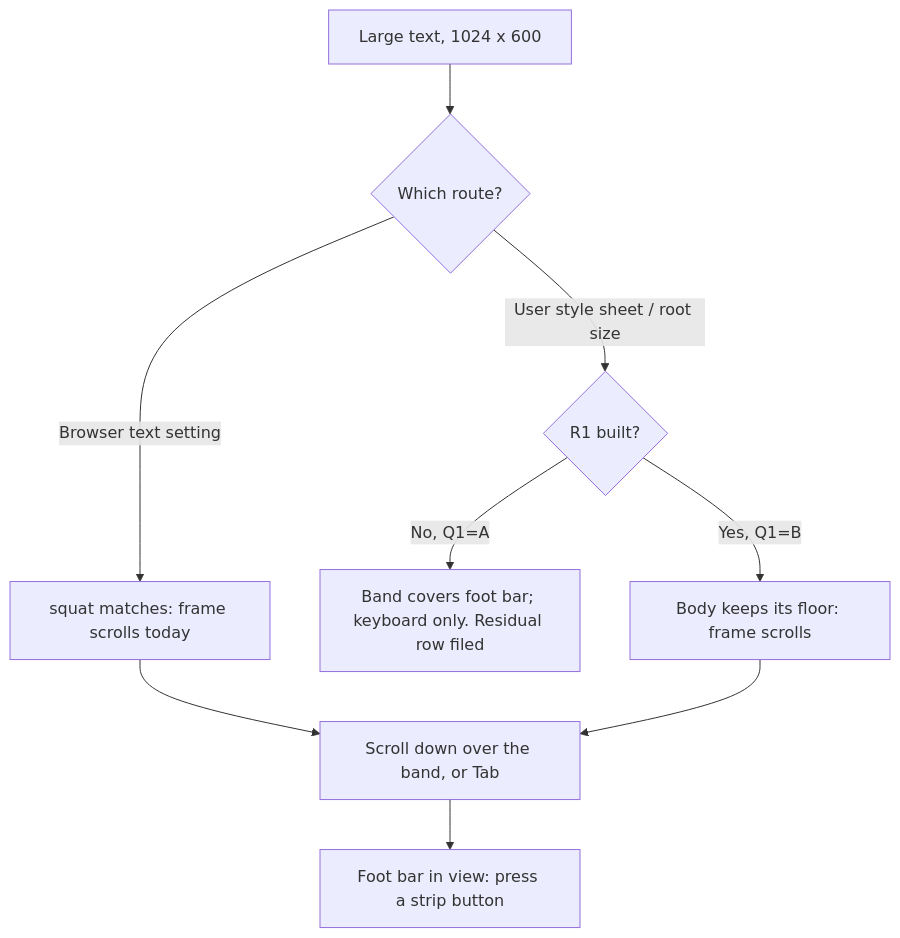
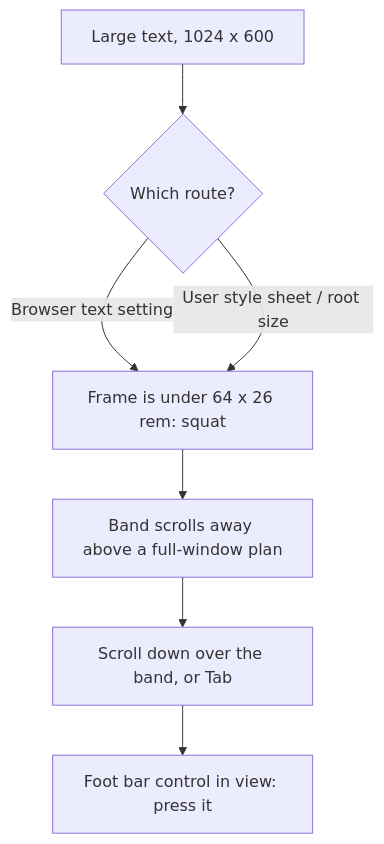
One commit to HuttonHomeHub/SchedulePoint_1 changed the third of 3 diagrams in docs/specs/large-text-dock/feature-spec.md. Above: the diagram before and after it, drawn with Mermaid. The commit also changed other lines of this file and 23 other files, not shown here.

Commit message:
feat(web): ask the shell frame, not the window, whether it is short (#569) (#1271)

````diff
--- a/docs/specs/large-text-dock/feature-spec.md
+++ b/docs/specs/large-text-dock/feature-spec.md
@@ -237,11 +227,9 @@
 ```mermaid
 flowchart TD
   A[Large text, 1024 x 600] --> B{Which route?}
-  B -- Browser text setting --> C[squat matches: frame scrolls today]
-  B -- User style sheet / root size --> D{R1 built?}
-  D -- No, Q1=A --> E[Band covers foot bar; keyboard only. Residual row filed]
-  D -- Yes, Q1=B --> F[Body keeps its floor: frame scrolls]
-  C --> G[Scroll down over the band, or Tab]
-  F --> G
-  G --> H[Foot bar in view: press a strip button]
+  B -- Browser text setting --> C[Frame is under 64 x 26 rem: squat]
+  B -- User style sheet / root size --> C
+  C --> D[Band scrolls away above a full-window plan]
+  D --> G[Scroll down over the band, or Tab]
+  G --> H[Foot bar control in view: press it]
 ```
````
